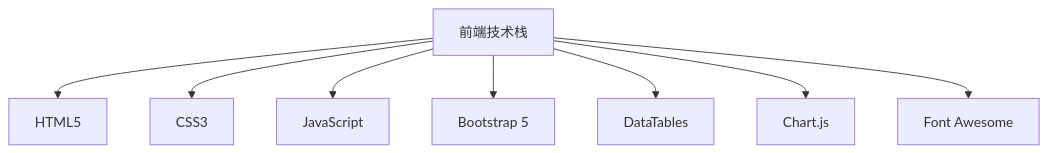
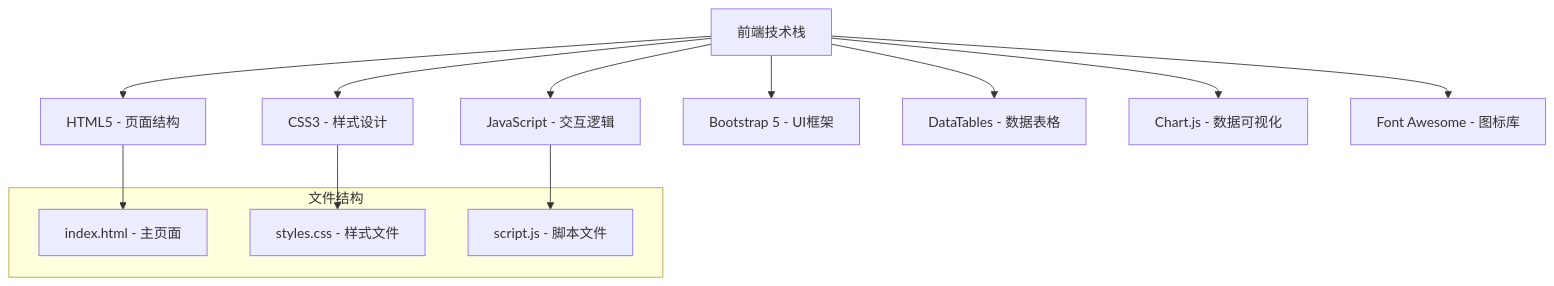
Before and after one commit to DelononLiu/afunc-agent: the first of 2 diagrams in examples/lmbench/设计文档.md, drawn with Mermaid. The commit also changed other lines of this file, not shown here.

````diff
--- a/examples/lmbench/设计文档.md
+++ b/examples/lmbench/设计文档.md
@@ -19,10 +19,20 @@
 ```mermaid
 graph TD
-    A[前端技术栈] --> B[HTML5]
-    A --> C[CSS3]
-    A --> D[JavaScript]
-    A --> E[Bootstrap 5]
-    A --> F[DataTables]
-    A --> G[Chart.js]
-    A --> H[Font Awesome]
+    A[前端技术栈] --> B[HTML5 - 页面结构]
+    A --> C[CSS3 - 样式设计]
+    A --> D[JavaScript - 交互逻辑]
+    A --> E[Bootstrap 5 - UI框架]
+    A --> F[DataTables - 数据表格]
+    A --> G[Chart.js - 数据可视化]
+    A --> H[Font Awesome - 图标库]
+    
+    subgraph "文件结构"
+        I[index.html - 主页面]
+        J[styles.css - 样式文件]
+        K[script.js - 脚本文件]
+    end
+    
+    B --> I
+    C --> J
+    D --> K
 ```
````
